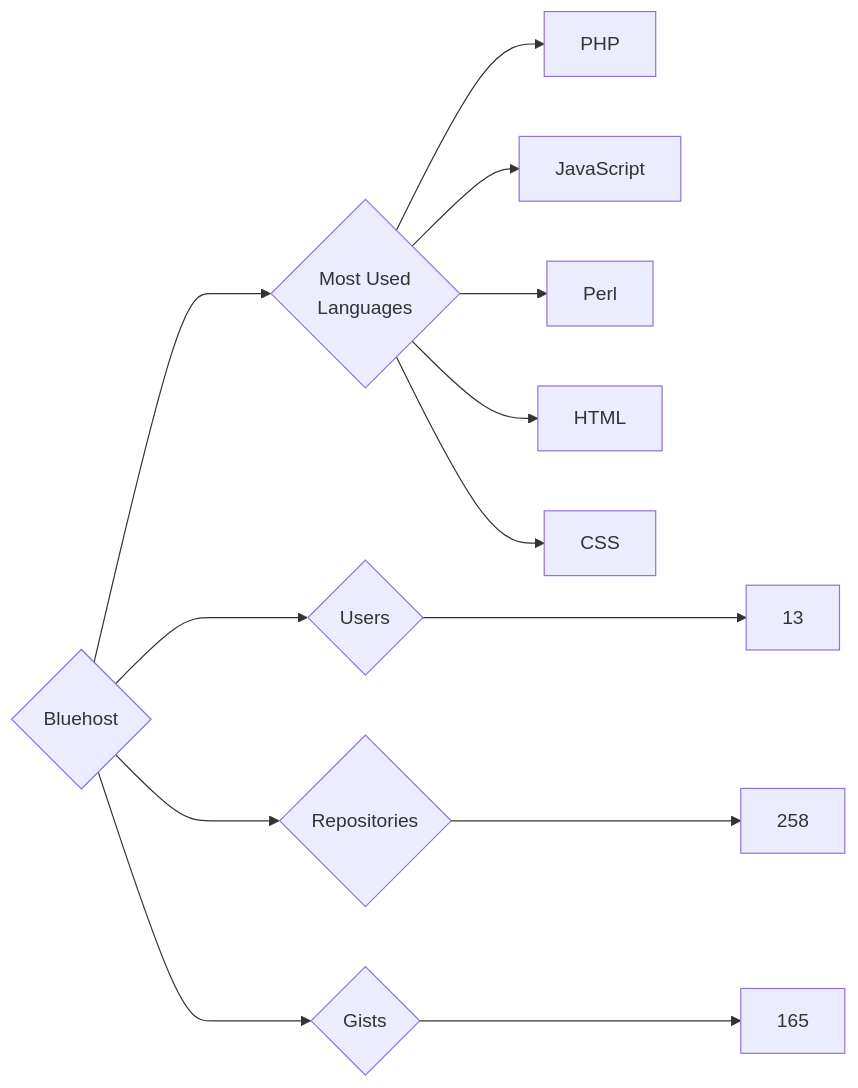
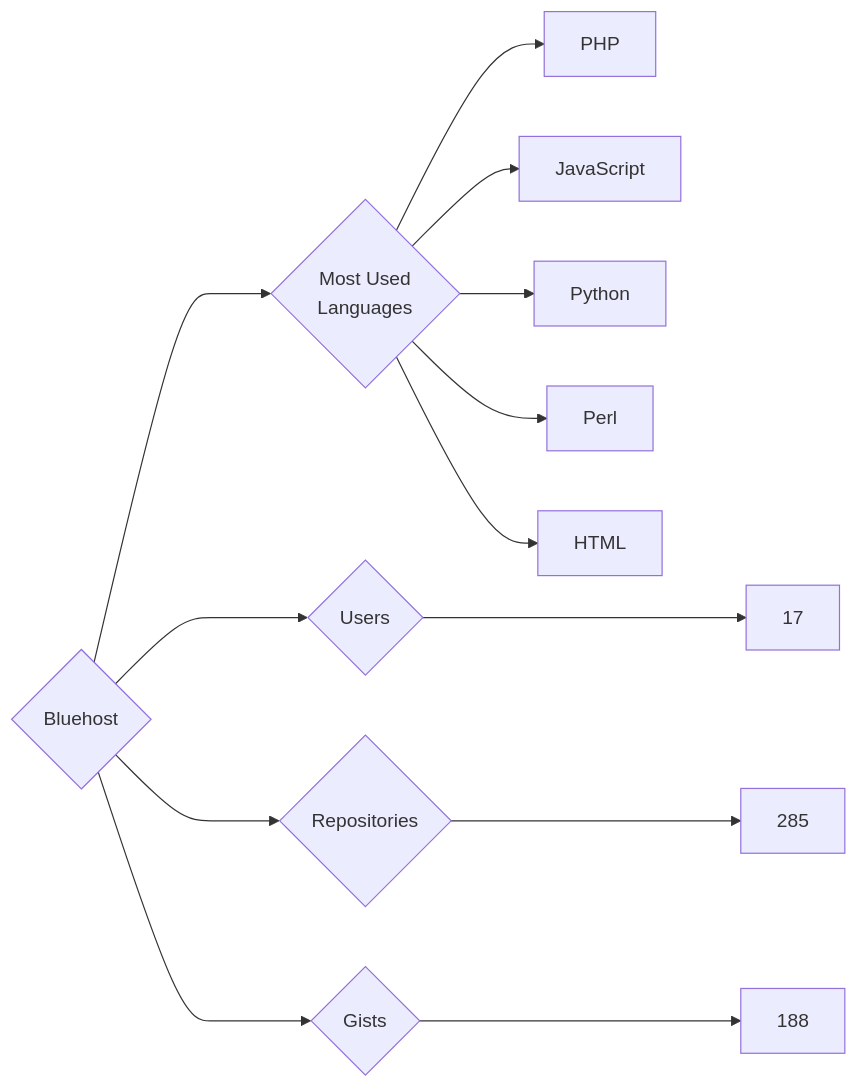
One commit to trickest/insiders changed the diagram in targets/Bluehost/README.md. Above: the diagram before and after it, drawn with Mermaid. The commit also changed 1030 other files, not shown here.

````diff
--- a/targets/Bluehost/README.md
+++ b/targets/Bluehost/README.md
@@ -3,13 +3,13 @@
 ```mermaid
 graph LR
 COMPANY_NAME{Bluehost}
-COMPANY_NAME ---> U{Users} ---> UN[13]
-COMPANY_NAME ---> R{Repositories} ---> RN[258]
-COMPANY_NAME ---> G{Gists} ---> GN[165]
+COMPANY_NAME ---> U{Users} ---> UN[17]
+COMPANY_NAME ---> R{Repositories} ---> RN[285]
+COMPANY_NAME ---> G{Gists} ---> GN[188]
 COMPANY_NAME ---> ML{Most Used<br>Languages}
 ML --> PHP[PHP]
 ML --> JavaScript[JavaScript]
+ML --> Python[Python]
 ML --> Perl[Perl]
 ML --> HTML[HTML]
-ML --> CSS[CSS]
 ```
````
